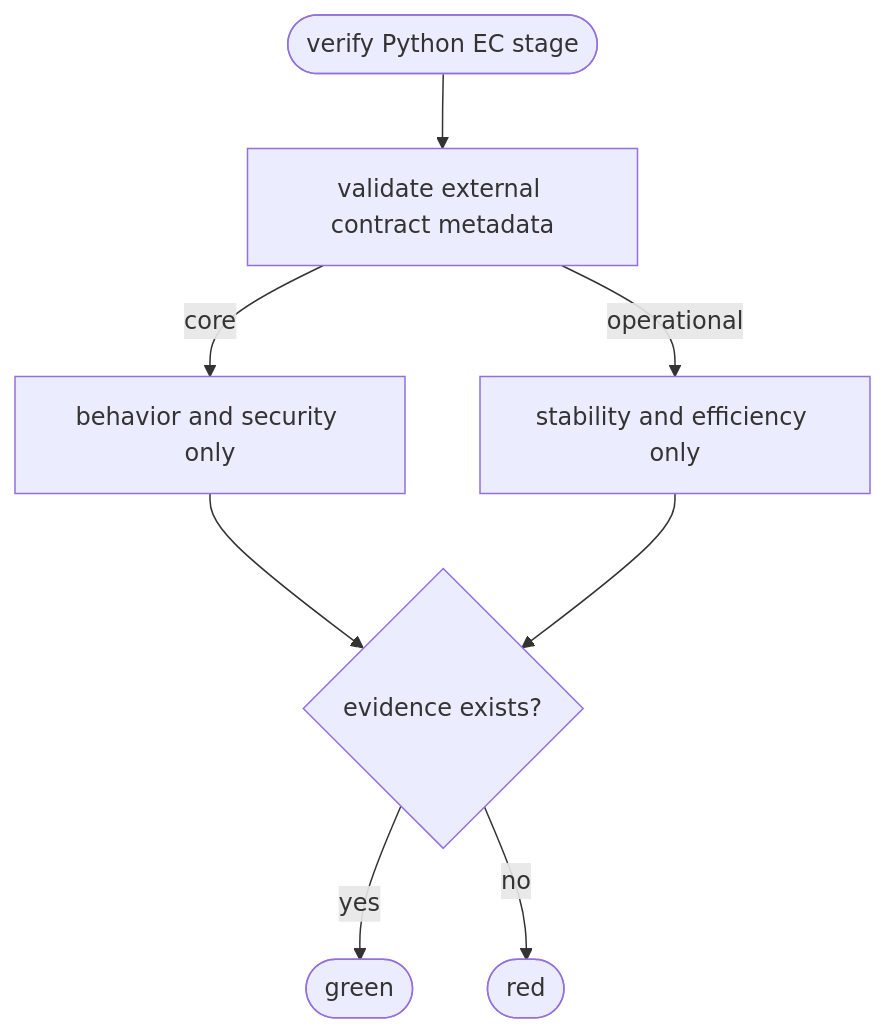
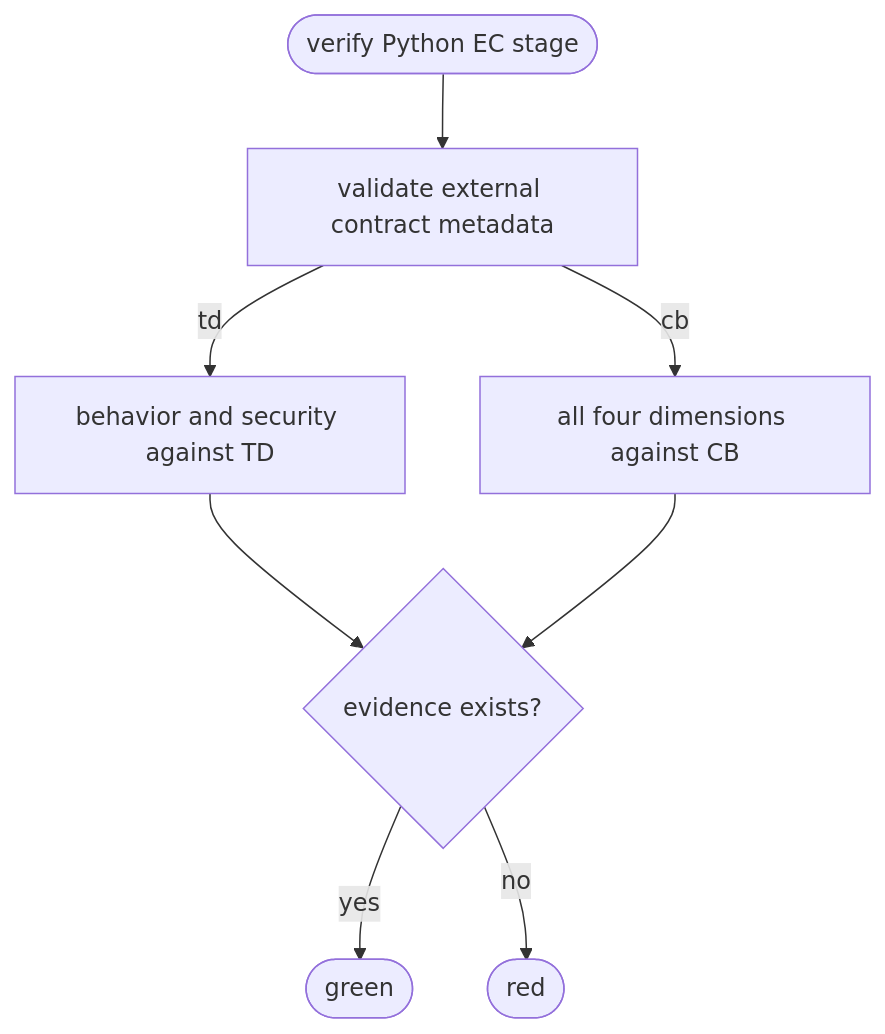
The first of 2 diagrams in apps/agentic-workflow/tech-design/core/logic/python-ec-staged-verification.md (chrischeng-c4/axiom), drawn with Mermaid before and after one commit. The commit also changed other lines of this file and 221 other files, not shown here.

````diff
--- a/apps/agentic-workflow/tech-design/core/logic/python-ec-staged-verification.md
+++ b/apps/agentic-workflow/tech-design/core/logic/python-ec-staged-verification.md
@@ -19,30 +19,30 @@
 ```mermaid
 ---
 id: aw-python-ec-staged-verification
 entry: verify
 nodes:
   verify: { kind: start, label: "verify Python EC stage" }
   inventory: { kind: process, label: "validate promise oracle target threshold policy and external evidence declarations" }
-  core: { kind: process, label: "run behavior and security only" }
-  operational: { kind: process, label: "run stability and efficiency only after generation/build" }
+  td: { kind: process, label: "run behavior and security against TD" }
+  cb: { kind: process, label: "run all four dimensions against CB" }
   evidence: { kind: decision, label: "external evidence exists and is non-empty after command?" }
   pass: { kind: terminal, label: "record dimension-scoped green result" }
   fail: { kind: terminal, label: "record red result with dimension and evidence failure" }
 edges:
   - { from: verify, to: inventory }
-  - { from: inventory, to: core, label: "stage core" }
-  - { from: inventory, to: operational, label: "stage operational" }
-  - { from: core, to: evidence }
-  - { from: operational, to: evidence }
+  - { from: inventory, to: td, label: "stage td" }
+  - { from: inventory, to: cb, label: "stage cb" }
+  - { from: td, to: evidence }
+  - { from: cb, to: evidence }
   - { from: evidence, to: pass, label: "yes" }
   - { from: evidence, to: fail, label: "no" }
 ---
 flowchart TD
   verify([verify Python EC stage]) --> inventory[validate external contract metadata]
-  inventory -->|core| core[behavior and security only]
-  inventory -->|operational| operational[stability and efficiency only]
-  core --> evidence{evidence exists?}
-  operational --> evidence
+  inventory -->|td| td[behavior and security against TD]
+  inventory -->|cb| cb[all four dimensions against CB]
+  td --> evidence{evidence exists?}
+  cb --> evidence
   evidence -->|yes| pass([green])
   evidence -->|no| fail([red])
 ```
````
